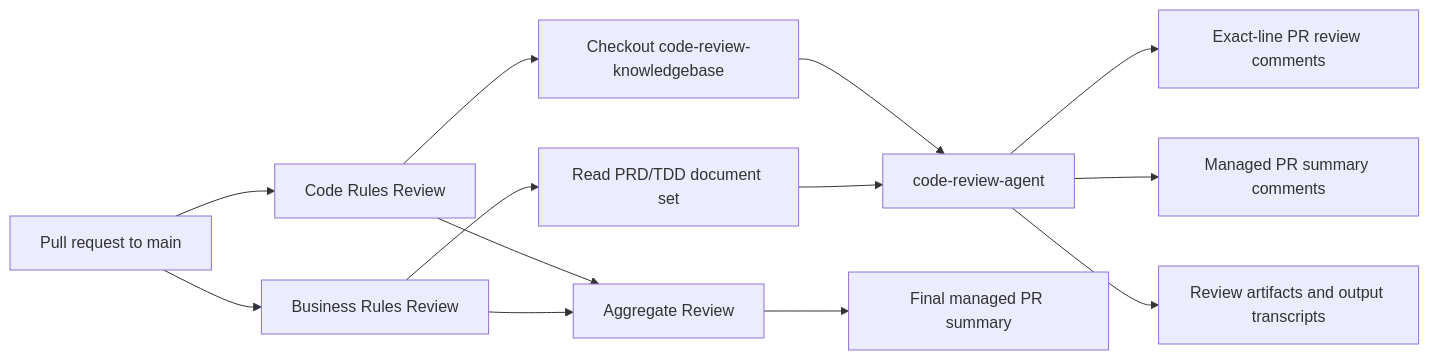
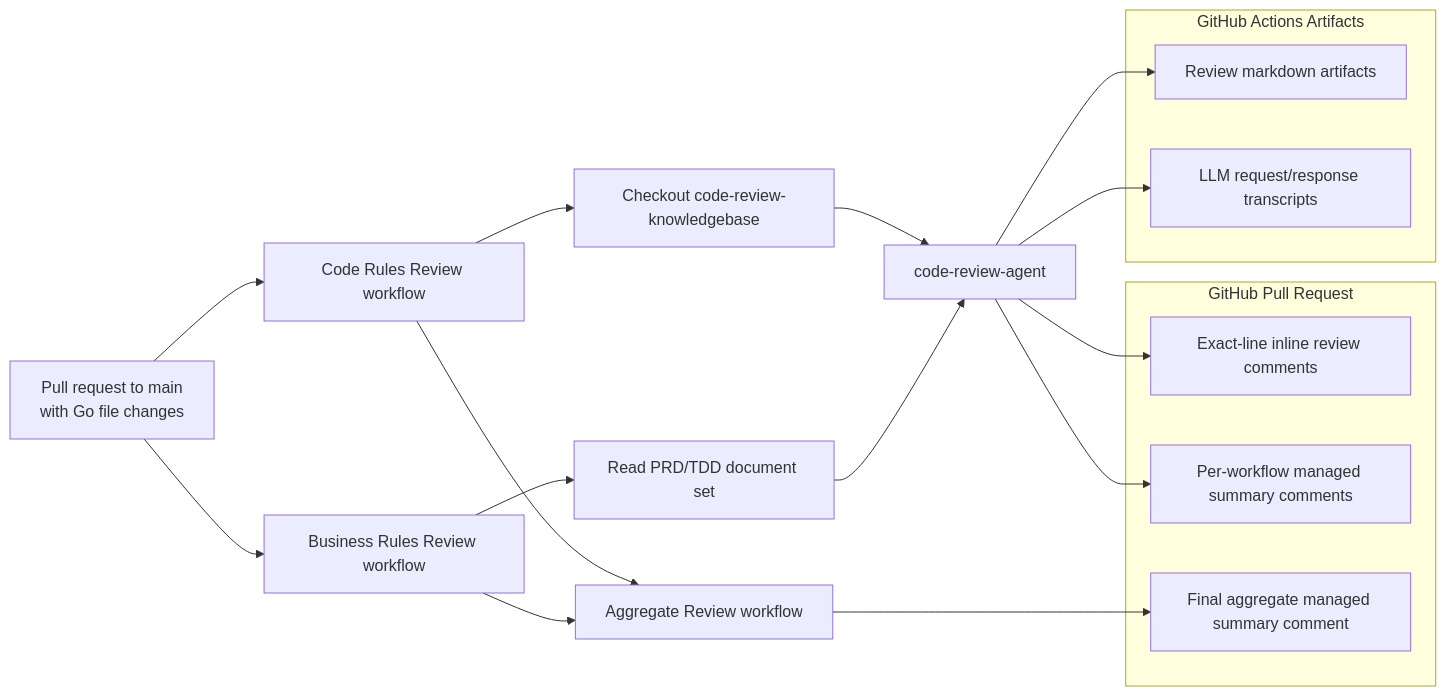
Before and after one commit to laughingkid-sg/code-review-demo: the first of 2 diagrams in README.md, drawn with Mermaid. The commit also changed other lines of this file and 2 other files, not shown here.

Commit message:
ci: limit review workflows to Go changes (#7)

````diff
--- a/README.md
+++ b/README.md
@@ -27,15 +27,28 @@
 ```mermaid
 flowchart LR
-  PR[Pull request to main] --> Code[Code Rules Review]
-  PR --> Biz[Business Rules Review]
+  PR[Pull request to main<br/>with Go file changes] --> Code[Code Rules Review workflow]
+  PR --> Biz[Business Rules Review workflow]
   Code --> KB[Checkout code-review-knowledgebase]
   Biz --> Docs[Read PRD/TDD document set]
   KB --> Agent[code-review-agent]
   Docs --> Agent
-  Agent --> Inline[Exact-line PR review comments]
-  Agent --> Summary[Managed PR summary comments]
-  Agent --> Artifacts[Review artifacts and output transcripts]
-  Code --> Aggregate[Aggregate Review]
+
+  subgraph PRSurface[GitHub Pull Request]
+    Inline[Exact-line inline review comments]
+    Summary[Per-workflow managed summary comments]
+    Final[Final aggregate managed summary comment]
+  end
+
+  subgraph ActionSurface[GitHub Actions Artifacts]
+    Artifacts[Review markdown artifacts]
+    Transcripts[LLM request/response transcripts]
+  end
+
+  Agent --> Inline
+  Agent --> Summary
+  Agent --> Artifacts
+  Agent --> Transcripts
+  Code --> Aggregate[Aggregate Review workflow]
   Biz --> Aggregate
-  Aggregate --> Final[Final managed PR summary]
+  Aggregate --> Final
 ```
````
